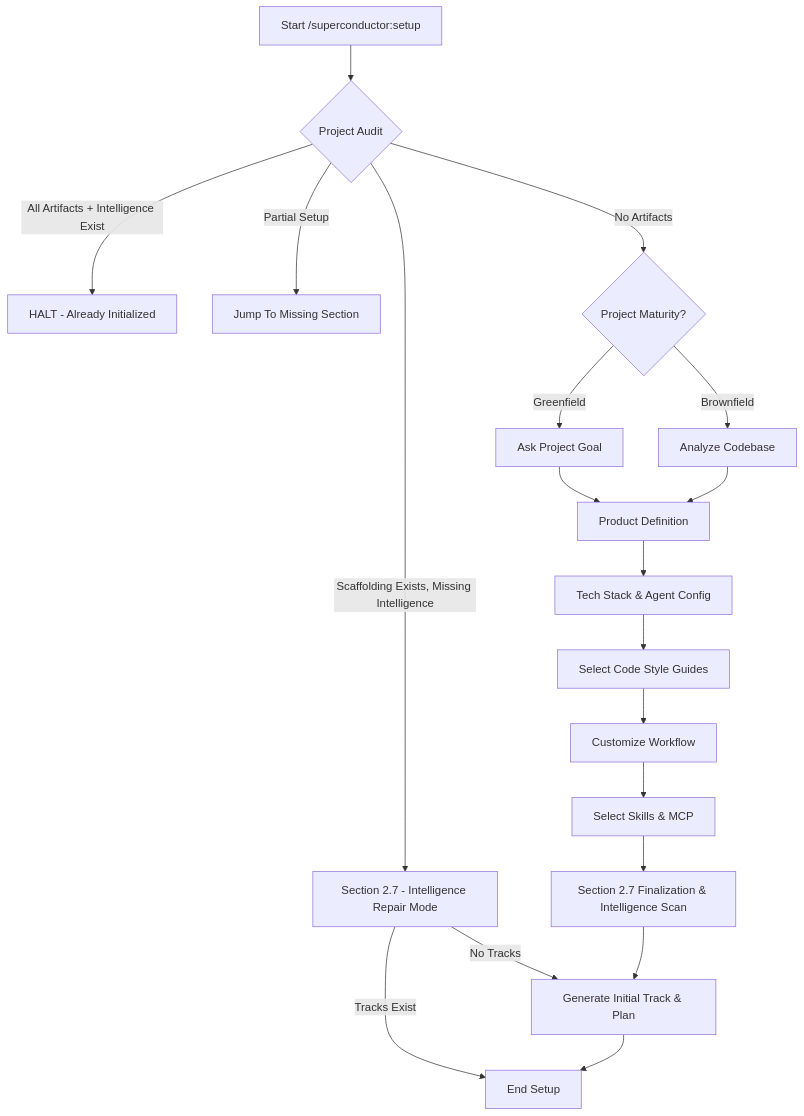
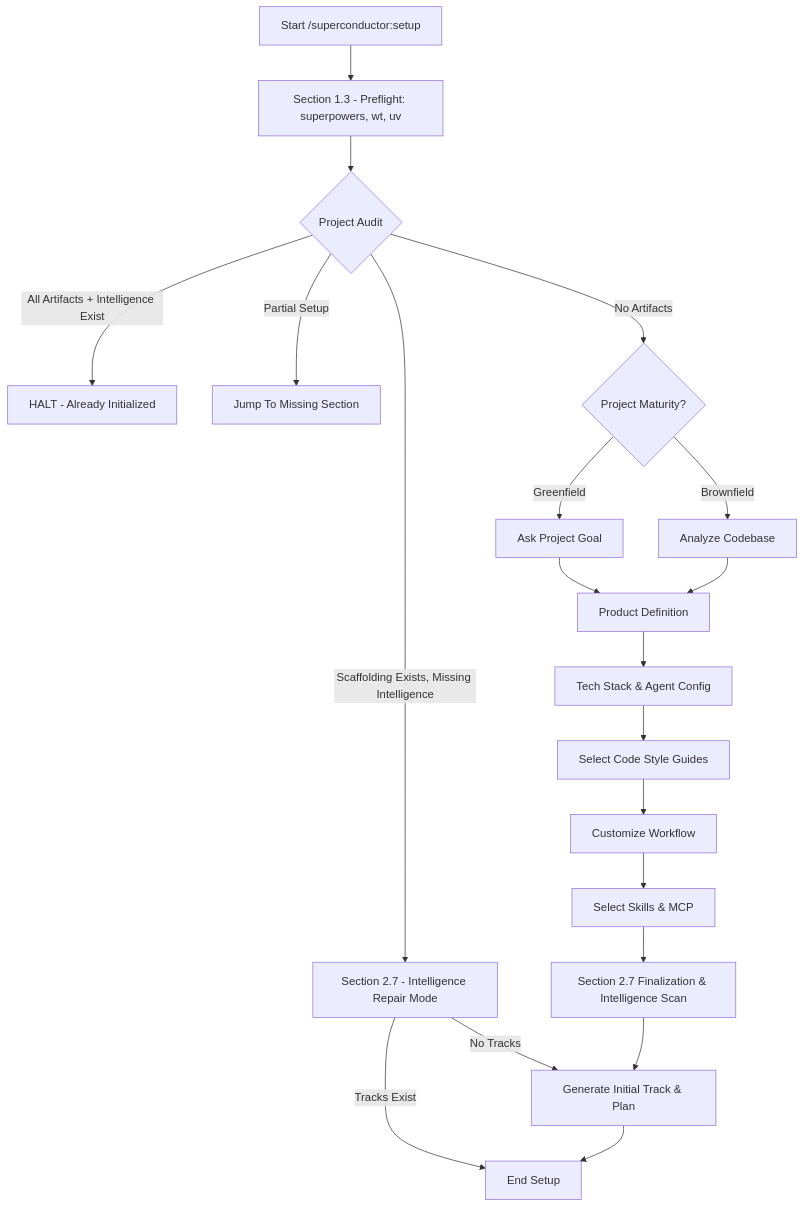
The diagram in skills/setup/SKILL.md (Gooseware/superconductor), drawn with Mermaid before and after one commit. The commit also changed other lines of this file and 16 other files, not shown here.

````diff
--- a/skills/setup/SKILL.md
+++ b/skills/setup/SKILL.md
@@ -479,21 +453,22 @@
 ```mermaid
 graph TD
-    A[Start /superconductor:setup] --> B{Project Audit}
+    A[Start /superconductor:setup] --> PF[Section 1.3 - Preflight: superpowers, wt, uv]
+    PF --> B{Project Audit}
     B -->|All Artifacts + Intelligence Exist| C[HALT - Already Initialized]
     B -->|Scaffolding Exists, Missing Intelligence| IR[Section 2.7 - Intelligence Repair Mode]
     IR -->|Tracks Exist| N[End Setup]
     IR -->|No Tracks| M[Generate Initial Track & Plan]
     B -->|Partial Setup| D[Jump To Missing Section]
     B -->|No Artifacts| E{Project Maturity?}
     E -->|Greenfield| F[Ask Project Goal]
     E -->|Brownfield| G[Analyze Codebase]
     F --> H[Product Definition]
     G --> H
     H --> I[Tech Stack & Agent Config]
     I --> J[Select Code Style Guides]
     J --> K[Customize Workflow]
     K --> L[Select Skills & MCP]
     L --> 27[Section 2.7 Finalization & Intelligence Scan]
     27 --> M
     M --> N
 ```
````
